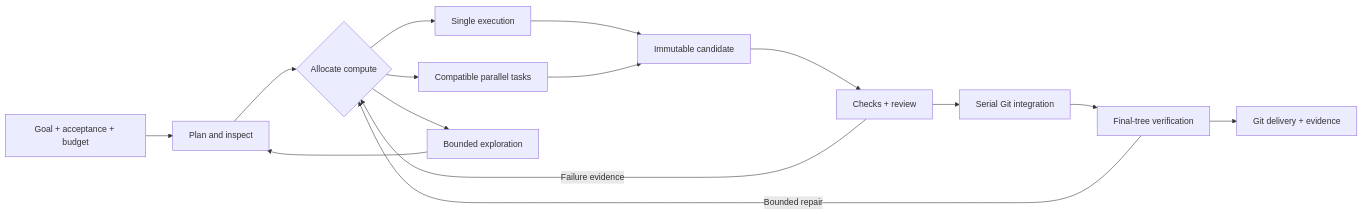
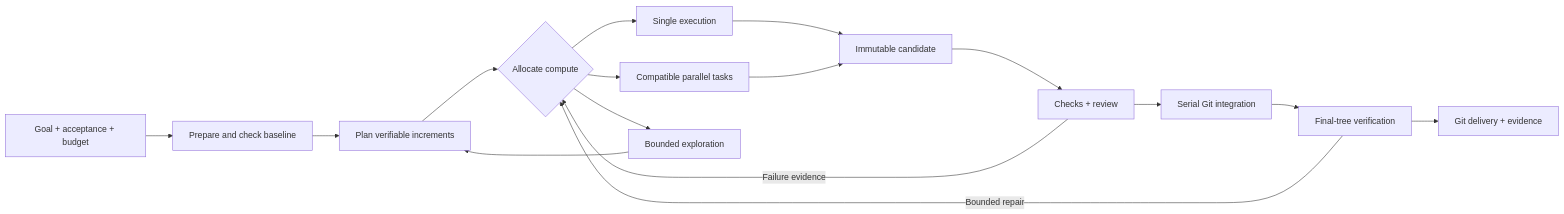
One commit to npm-DreaMaX/TripleTeam changed the diagram in README.md. Above: the diagram before and after it, drawn with Mermaid. The commit also changed other lines of this file and 127 other files, not shown here.

````diff
--- a/README.md
+++ b/README.md
@@ -163,17 +184,18 @@
 ```mermaid
 flowchart LR
-    G[Goal + acceptance + budget] --> P[Plan and inspect]
+    G[Goal + acceptance + budget] --> B[Prepare and check baseline]
+    B --> P[Plan verifiable increments]
     P --> C{Allocate compute}
     C --> S[Single execution]
     C --> M[Compatible parallel tasks]
     C --> E[Bounded exploration]
     S --> A[Immutable candidate]
     M --> A
     E --> P
     A --> V[Checks + review]
     V --> I[Serial Git integration]
     I --> F[Final-tree verification]
     F --> D[Git delivery + evidence]
     V -- Failure evidence --> C
     F -- Bounded repair --> C
 ```
````
